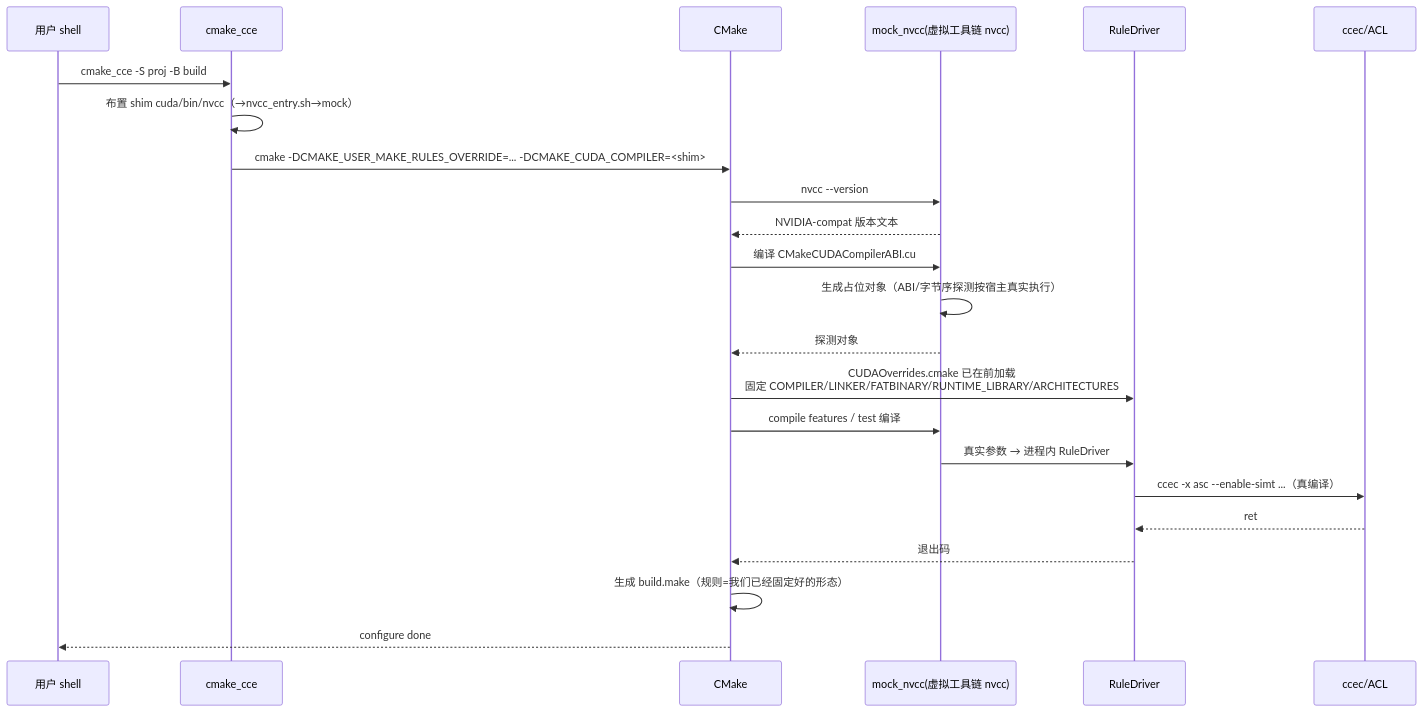
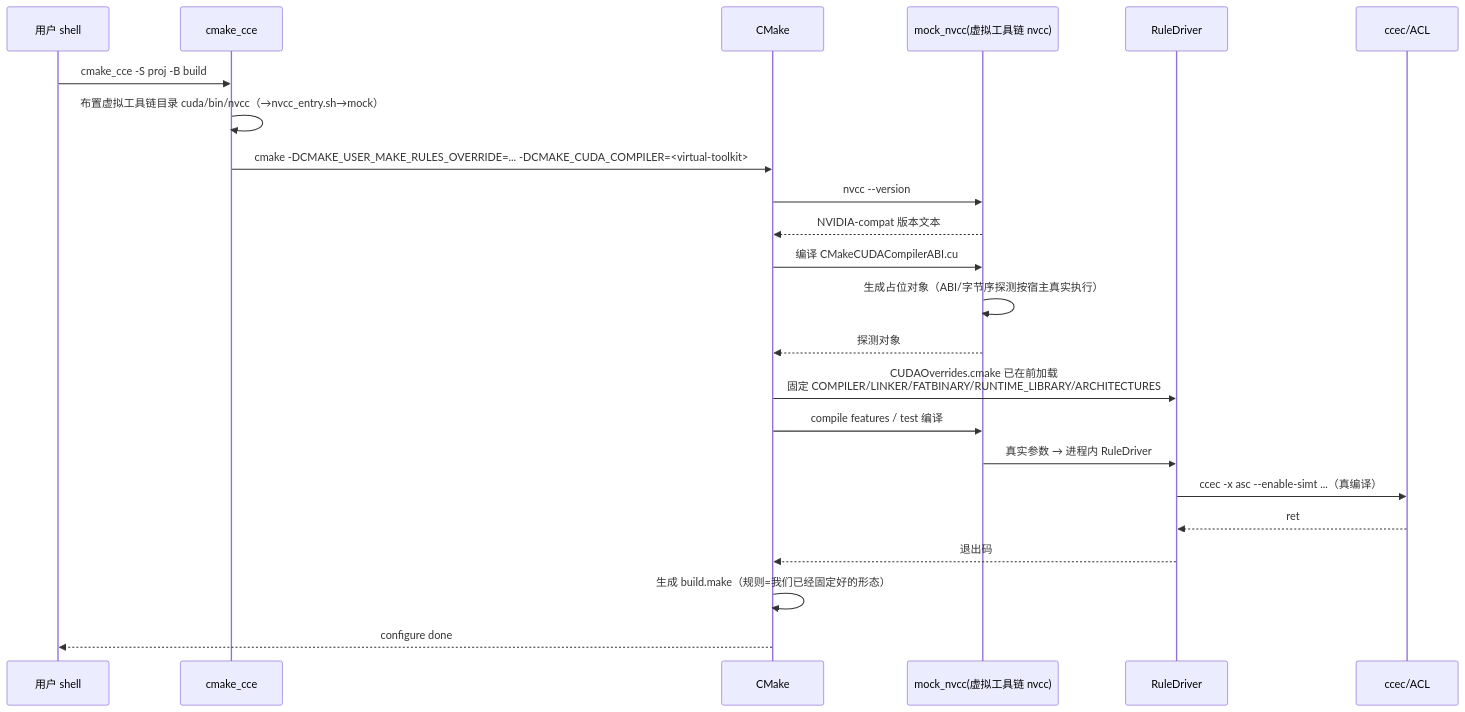
Before and after one commit to tmchao7/cu2cce-bridge: the second of 2 diagrams in docs/01_架构设计/06_cmake_principle_flow.md, drawn with Mermaid. The commit also changed other lines of this file and 3 other files, not shown here.

Commit message:
docs: finalize virtual toolkit terminology

````diff
--- a/docs/01_架构设计/06_cmake_principle_flow.md
+++ b/docs/01_架构设计/06_cmake_principle_flow.md
@@ -105,26 +105,26 @@
 ```mermaid
 sequenceDiagram
     participant U as 用户 shell
     participant W as cmake_cce
     participant C as CMake
     participant M as mock_nvcc(虚拟工具链 nvcc)
     participant D as RuleDriver
     participant X as ccec/ACL
 
     U->>W: cmake_cce -S proj -B build
-    W->>W: 布置 shim cuda/bin/nvcc（→nvcc_entry.sh→mock）
-    W->>C: cmake -DCMAKE_USER_MAKE_RULES_OVERRIDE=... -DCMAKE_CUDA_COMPILER=<shim>
+    W->>W: 布置虚拟工具链目录 cuda/bin/nvcc（→nvcc_entry.sh→mock）
+    W->>C: cmake -DCMAKE_USER_MAKE_RULES_OVERRIDE=... -DCMAKE_CUDA_COMPILER=<virtual-toolkit>
     C->>M: nvcc --version
     M-->>C: NVIDIA-compat 版本文本
     C->>M: 编译 CMakeCUDACompilerABI.cu
     M->>M: 生成占位对象（ABI/字节序探测按宿主真实执行）
     M-->>C: 探测对象
     C->>D: CUDAOverrides.cmake 已在前加载<br/>固定 COMPILER/LINKER/FATBINARY/RUNTIME_LIBRARY/ARCHITECTURES
     C->>M: compile features / test 编译
     M->>D: 真实参数 → 进程内 RuleDriver
     D->>X: ccec -x asc --enable-simt ...（真编译）
     X-->>D: ret
     D-->>C: 退出码
     C->>C: 生成 build.make（规则=我们已经固定好的形态）
     C-->>U: configure done
 ```
````
